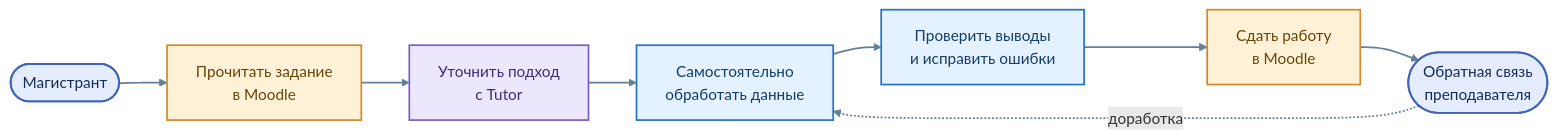
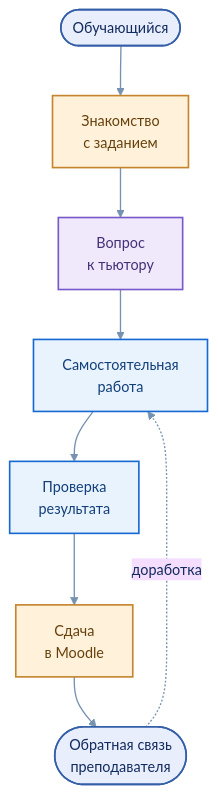
One commit to BosenkoTM/llm-data-analytics-tutor changed the second of 3 diagrams in README.md. Above: the diagram before and after it, drawn with Mermaid. The commit also changed other lines of this file, not shown here.

````diff
--- a/README.md
+++ b/README.md
@@ -58,24 +89,24 @@
 ```mermaid
-flowchart LR
-    A(["Магистрант"]) --> B["Прочитать задание<br/>в Moodle"]
-    B --> C["Уточнить подход<br/>с Tutor"]
-    C --> D["Самостоятельно<br/>обработать данные"]
-    D --> E["Проверить выводы<br/>и исправить ошибки"]
-    E --> F["Сдать работу<br/>в Moodle"]
-    F --> G(["Обратная связь<br/>преподавателя"])
-    G -. "доработка" .-> D
-    class A,G person;
-    class B,F lms;
-    class C agent;
-    class D,E ui;
-
-classDef person fill:#E5ECFD,stroke:#4164B9,color:#142C59,stroke-width:2px;
-classDef lms fill:#FFF1D6,stroke:#D28A2B,color:#66440C,stroke-width:1.8px;
-classDef ui fill:#E4F1FE,stroke:#2774C7,color:#153D6A,stroke-width:1.8px;
-classDef agent fill:#EDE7FD,stroke:#7960C2,color:#3D2D73,stroke-width:1.8px;
-classDef data fill:#E1F5EF,stroke:#268A6D,color:#155C4B,stroke-width:1.8px;
-classDef infra fill:#EBEFF5,stroke:#6F8198,color:#35445A,stroke-width:1.8px;
-classDef guard fill:#FFEBE8,stroke:#C76650,color:#7B3429,stroke-width:1.8px;
-classDef future fill:#F4F2FB,stroke:#9D95BD,color:#55506E,stroke-width:1.5px,stroke-dasharray:5 4;
-linkStyle default stroke:#63809B,stroke-width:1.8px;
+%%{init: {"theme": "base", "flowchart": {"htmlLabels": true, "nodeSpacing": 38, "rankSpacing": 52}, "themeVariables": {"fontFamily": "Arial, sans-serif", "fontSize": "15px", "background": "#ffffff", "primaryTextColor": "#122B5E", "lineColor": "#7692B1"}}}%%
+flowchart TB
+  A(["Обучающийся"]) --> B["Знакомство<br/>с заданием"]
+  B --> C["Вопрос<br/>к тьютору"]
+  C --> D["Самостоятельная<br/>работа"]
+  D --> E["Проверка<br/>результата"]
+  E --> F["Сдача<br/>в Moodle"]
+  F --> G(["Обратная связь<br/>преподавателя"])
+  G -. "доработка" .-> D
+  class A,G person;
+  class B,F lms;
+  class C agent;
+  class D,E ui;
+classDef person fill:#E8EEFC,stroke:#345FA8,color:#122B5E,stroke-width:1.7px;
+classDef lms fill:#FFF1DA,stroke:#C5852D,color:#66400B,stroke-width:1.7px;
+classDef ui fill:#E8F3FE,stroke:#1769D2,color:#123F7A,stroke-width:1.7px;
+classDef agent fill:#F0E9FC,stroke:#7959C7,color:#443076,stroke-width:1.7px;
+classDef data fill:#E1F5F0,stroke:#008F86,color:#075950,stroke-width:1.7px;
+classDef infra fill:#EFF2F7,stroke:#6B7F95,color:#33465E,stroke-width:1.7px;
+classDef future fill:#F8F6FC,stroke:#9A88B9,color:#605579,stroke-width:1.5px,stroke-dasharray:4 4;
+classDef guard fill:#FFF0EB,stroke:#D36E56,color:#813C2C,stroke-width:1.7px;
+linkStyle default stroke:#7692B1,stroke-width:1.4px;
 ```
````
